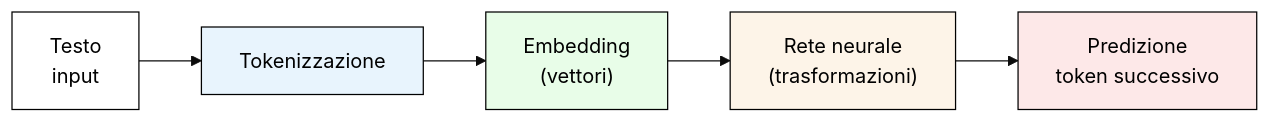
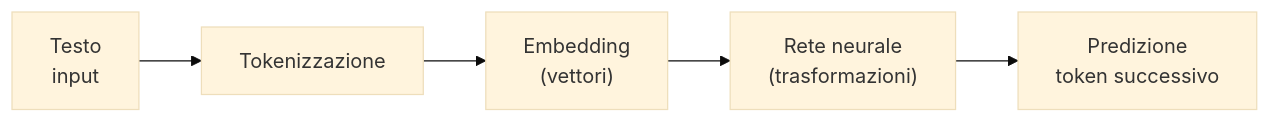
Before and after one commit to gdegani/its_slides_ai: the sixth of 7 diagrams in pages/slides_lezione1.md, drawn with Mermaid (base theme). The commit also changed other lines of this file and 2 other files, not shown here.

````diff
--- a/pages/slides_lezione1.md
+++ b/pages/slides_lezione1.md
@@ -318,12 +302,7 @@
 ```mermaid
 flowchart LR
     A["Testo\ninput"] --> B["Tokenizzazione"]
     B --> C["Embedding\n(vettori)"]
     C --> D["Rete neurale\n(trasformazioni)"]
     D --> E["Predizione\ntoken successivo"]
-    style A fill:#fff,stroke:#000,color:#000
-    style B fill:#e8f4fd,stroke:#000,color:#000
-    style C fill:#e8fde8,stroke:#000,color:#000
-    style D fill:#fdf4e8,stroke:#000,color:#000
-    style E fill:#fde8e8,stroke:#000,color:#000
 ```
````
